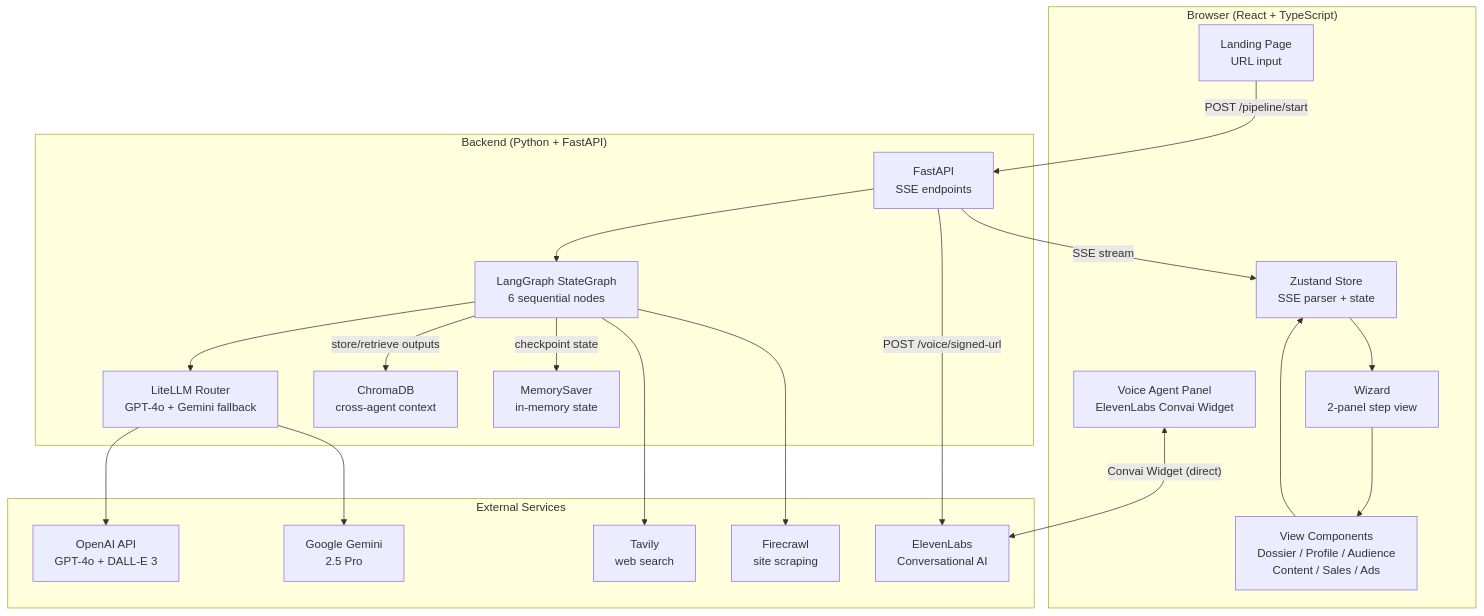
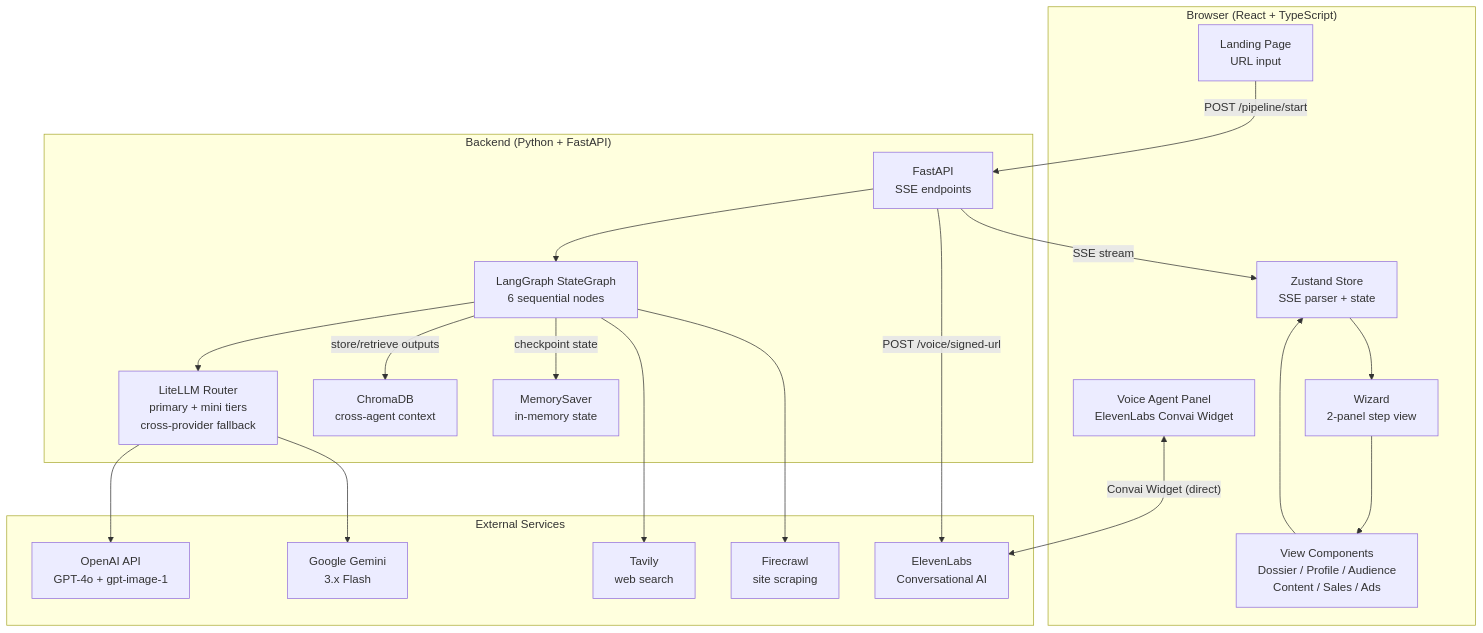
One commit to abhirammv2000/blitz changed the first of 3 diagrams in README.md. Above: the diagram before and after it, drawn with Mermaid. The commit also changed other lines of this file and 85 other files, not shown here.

````diff
--- a/README.md
+++ b/README.md
@@ -30,43 +30,43 @@
 ```mermaid
 flowchart TB
     subgraph Browser["Browser (React + TypeScript)"]
         Landing["Landing Page<br/>URL input"]
         Wizard["Wizard<br/>2-panel step view"]
         Store["Zustand Store<br/>SSE parser + state"]
         Views["View Components<br/>Dossier / Profile / Audience<br/>Content / Sales / Ads"]
         Voice["Voice Agent Panel<br/>ElevenLabs Convai Widget"]
     end
 
     subgraph Server["Backend (Python + FastAPI)"]
         API["FastAPI<br/>SSE endpoints"]
         Graph["LangGraph StateGraph<br/>6 sequential nodes"]
-        LLM["LiteLLM Router<br/>GPT-4o + Gemini fallback"]
+        LLM["LiteLLM Router<br/>primary + mini tiers<br/>cross-provider fallback"]
         DB["ChromaDB<br/>cross-agent context"]
         Memory["MemorySaver<br/>in-memory state"]
     end
 
     subgraph External["External Services"]
-        OpenAI["OpenAI API<br/>GPT-4o + DALL-E 3"]
-        Gemini["Google Gemini<br/>2.5 Pro"]
+        OpenAI["OpenAI API<br/>GPT-4o + gpt-image-1"]
+        Gemini["Google Gemini<br/>3.x Flash"]
         Tavily["Tavily<br/>web search"]
         Firecrawl["Firecrawl<br/>site scraping"]
         ElevenLabs["ElevenLabs<br/>Conversational AI"]
     end
 
     Landing -->|"POST /pipeline/start"| API
     API -->|"SSE stream"| Store
     Store --> Wizard
     Wizard --> Views
     Views --> Store
     Voice <-->|"Convai Widget (direct)"| ElevenLabs
 
     API --> Graph
     Graph --> LLM
     Graph -->|"store/retrieve outputs"| DB
     Graph -->|"checkpoint state"| Memory
     LLM --> OpenAI
     LLM --> Gemini
     Graph --> Tavily
     Graph --> Firecrawl
     API -->|"POST /voice/signed-url"| ElevenLabs
 ```
````
